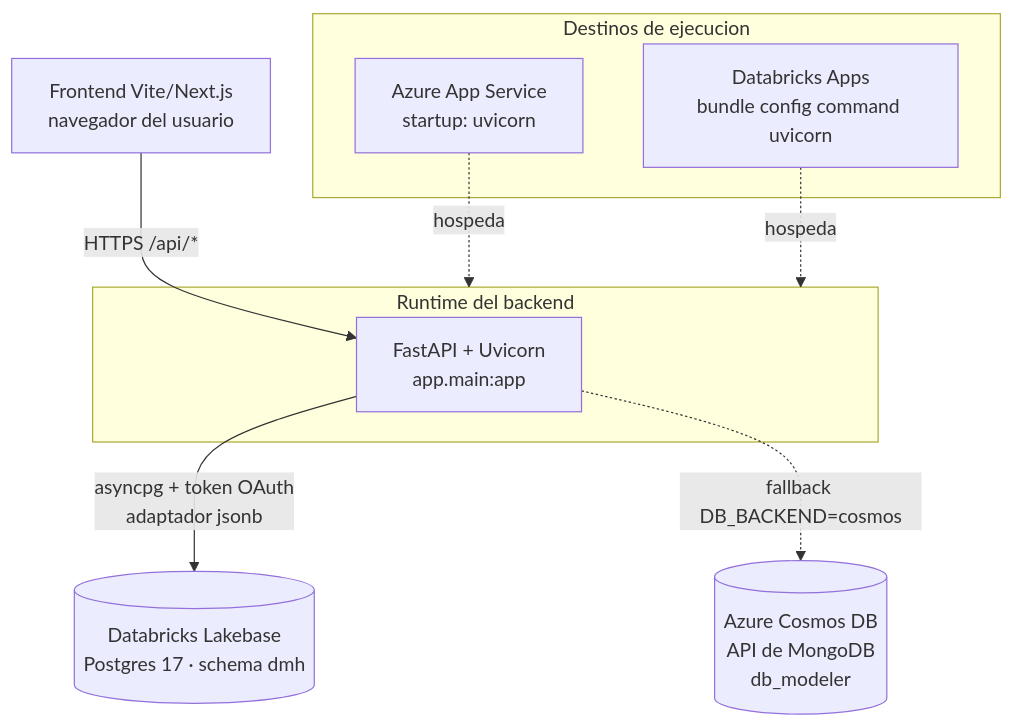
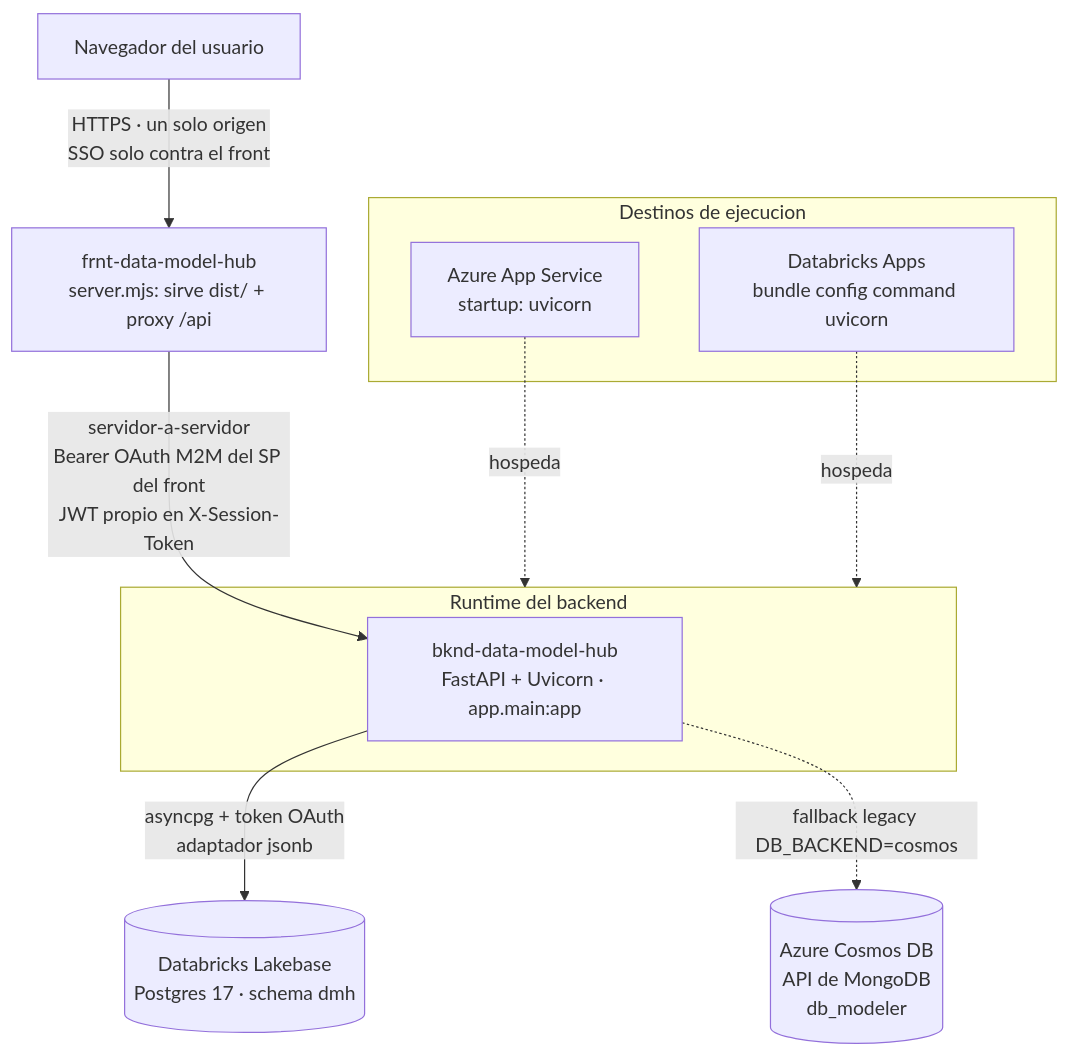
Before and after one commit to Carlosmps97/backend-data-model-hub: the first of 4 diagrams in doc/despliegue.md, drawn with Mermaid. The commit also changed other lines of this file and 8 other files, not shown here.

````diff
--- a/doc/despliegue.md
+++ b/doc/despliegue.md
@@ -37,19 +41,20 @@
 ```mermaid
 flowchart TD
-    FE["Frontend Vite/Next.js<br/>navegador del usuario"] -->|"HTTPS /api/*"| BK
+    NAV["Navegador del usuario"] -->|"HTTPS · un solo origen<br/>SSO solo contra el front"| FR["frnt-data-model-hub<br/>server.mjs: sirve dist/ + proxy /api"]
+    FR -->|"servidor-a-servidor<br/>Bearer OAuth M2M del SP del front<br/>JWT propio en X-Session-Token"| BK
 
     subgraph RUNTIME["Runtime del backend"]
-      BK["FastAPI + Uvicorn<br/>app.main:app"]
+      BK["bknd-data-model-hub<br/>FastAPI + Uvicorn · app.main:app"]
     end
 
     BK -->|"asyncpg + token OAuth<br/>adaptador jsonb"| LB[("Databricks Lakebase<br/>Postgres 17 · schema dmh")]
-    BK -.->|"fallback DB_BACKEND=cosmos"| COSMOS[("Azure Cosmos DB<br/>API de MongoDB<br/>db_modeler")]
+    BK -.->|"fallback legacy DB_BACKEND=cosmos"| COSMOS[("Azure Cosmos DB<br/>API de MongoDB<br/>db_modeler")]
 
     subgraph OPCIONES["Destinos de ejecucion"]
       A["Azure App Service<br/>startup: uvicorn"]
       D["Databricks Apps<br/>bundle config command uvicorn"]
     end
 
     A -.->|hospeda| RUNTIME
     D -.->|hospeda| RUNTIME
 ```
````
